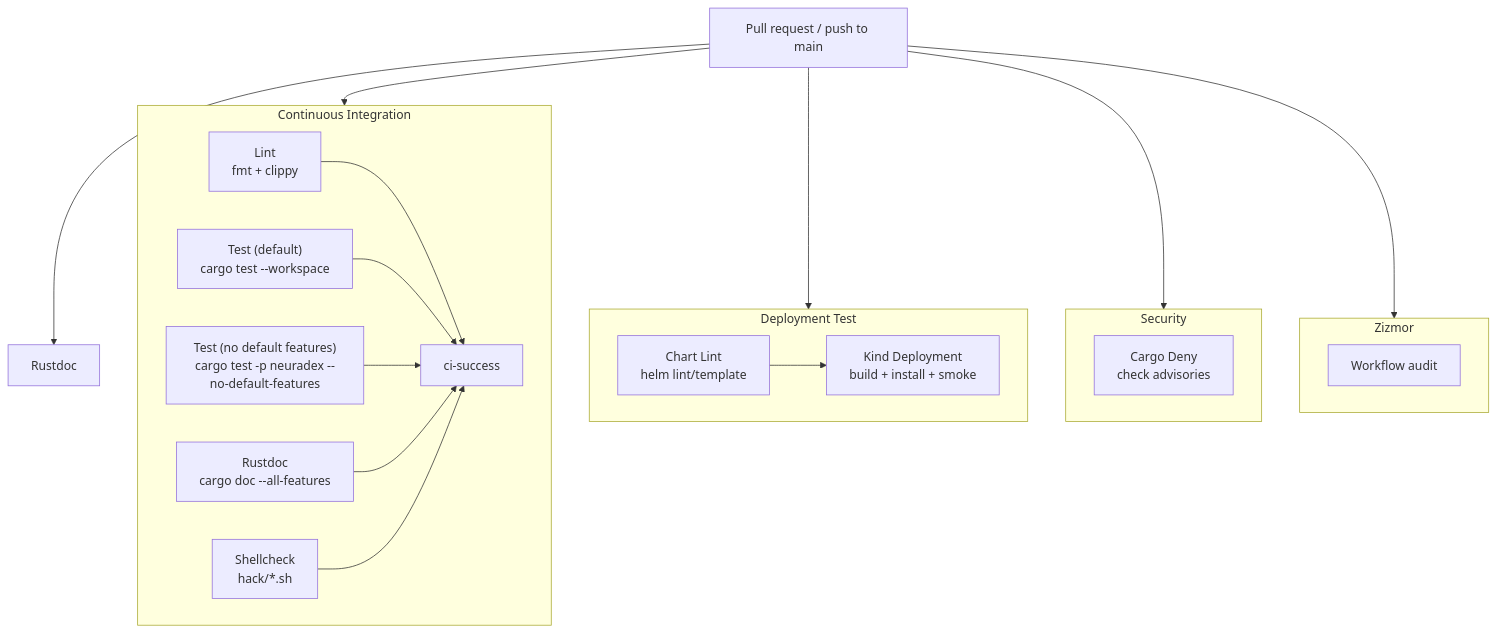
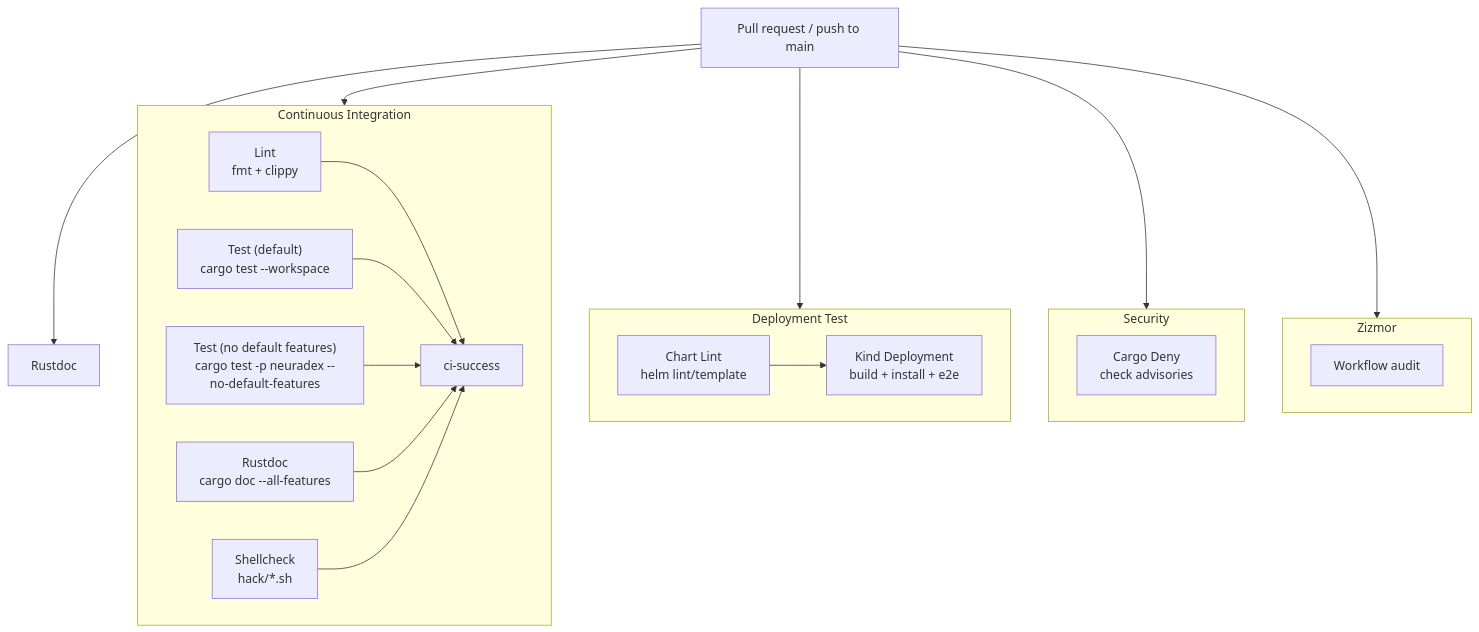
One commit to mkroman/neuradex changed the diagram in docs/development/ci.md. Above: the diagram before and after it, drawn with Mermaid. The commit also changed other lines of this file and 15 other files, not shown here.

First line of the commit message:
ci: replace kind smoke test with hermetic e2e

````diff
--- a/docs/development/ci.md
+++ b/docs/development/ci.md
@@ -8,36 +8,36 @@
 ```mermaid
 flowchart TB
     PR["Pull request / push to main"] --> CIW["Continuous Integration"]
     PR --> DEP["Deployment Test"]
     PR --> SEC["Security"]
     PR --> Z["Zizmor"]
     PR --> DOC["Rustdoc"]
 
     subgraph CIW["Continuous Integration"]
         L["Lint<br/>fmt + clippy"]
         T1["Test (default)<br/>cargo test --workspace"]
         T2["Test (no default features)<br/>cargo test -p neuradex --no-default-features"]
         R["Rustdoc<br/>cargo doc --all-features"]
         S["Shellcheck<br/>hack/*.sh"]
         OK["ci-success"]
         L --> OK
         T1 --> OK
         T2 --> OK
         R --> OK
         S --> OK
     end
 
     subgraph DEP["Deployment Test"]
         CH["Chart Lint<br/>helm lint/template"]
-        K["Kind Deployment<br/>build + install + smoke"]
+        K["Kind Deployment<br/>build + install + e2e"]
         CH --> K
     end
 
     subgraph SEC["Security"]
         D["Cargo Deny<br/>check advisories"]
     end
 
     subgraph Z["Zizmor"]
         ZA["Workflow audit"]
     end
 ```
````
